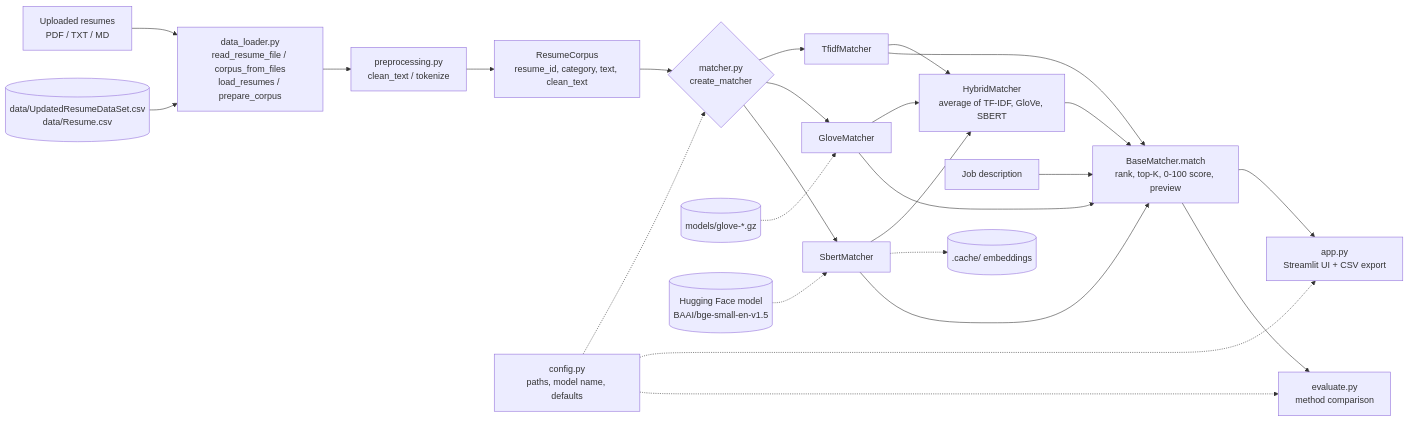
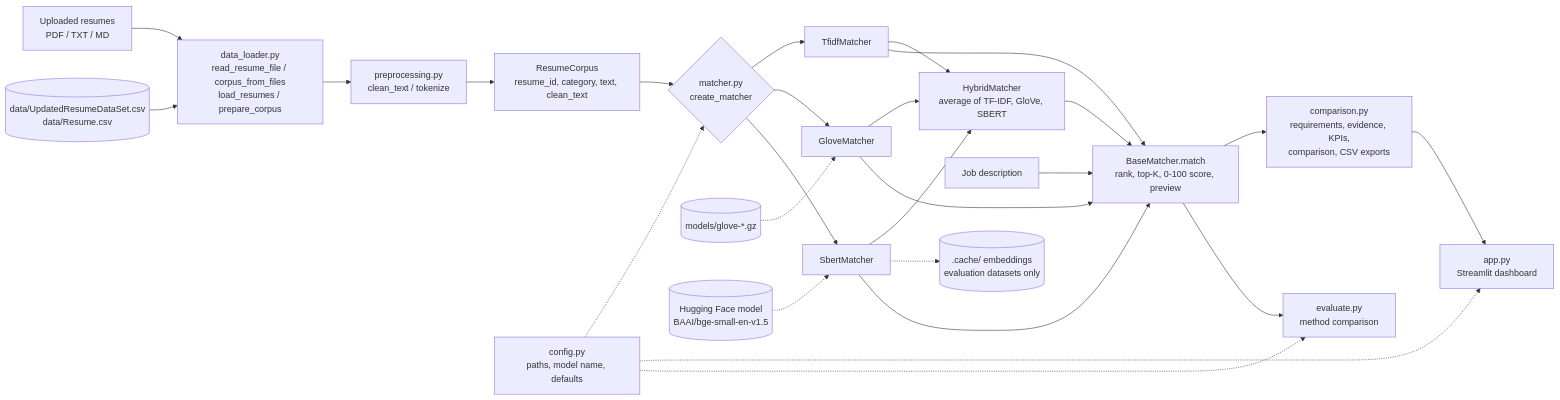
Before and after one commit to YashAgarwal2309/Resume-Matcher-Project-: the diagram in README.md, drawn with Mermaid. The commit also changed other lines of this file and 6 other files, not shown here.

First line of the commit message:
Add candidate comparison dashboard and professional UI

````diff
--- a/README.md
+++ b/README.md
@@ -61,22 +71,23 @@
 ```mermaid
 flowchart LR
     UP[Uploaded resumes<br/>PDF / TXT / MD] --> DL[data_loader.py<br/>read_resume_file / corpus_from_files<br/>load_resumes / prepare_corpus]
     CSV[(data/UpdatedResumeDataSet.csv<br/>data/Resume.csv)] --> DL
     DL --> PP[preprocessing.py<br/>clean_text / tokenize]
     PP --> CORPUS[ResumeCorpus<br/>resume_id, category, text, clean_text]
 
     CORPUS --> F{matcher.py<br/>create_matcher}
     F --> T[TfidfMatcher]
     F --> G[GloveMatcher]
     F --> S[SbertMatcher]
     GLOVE[(models/glove-*.gz)] -.-> G
     HF[(Hugging Face model<br/>BAAI/bge-small-en-v1.5)] -.-> S
     T & G & S --> H[HybridMatcher<br/>average of TF-IDF, GloVe, SBERT]
-    S -.-> CACHE[(.cache/ embeddings)]
+    S -.-> CACHE[(.cache/ embeddings<br/>evaluation datasets only)]
 
     T & G & S & H --> M[BaseMatcher.match<br/>rank, top-K, 0-100 score, preview]
     JD[Job description] --> M
-    M --> APP[app.py<br/>Streamlit UI + CSV export]
+    M --> CMP[comparison.py<br/>requirements, evidence, KPIs,<br/>comparison, CSV exports]
+    CMP --> APP[app.py<br/>Streamlit dashboard]
     M --> EV[evaluate.py<br/>method comparison]
     CFG[config.py<br/>paths, model name, defaults] -.-> F & APP & EV
 ```
````
